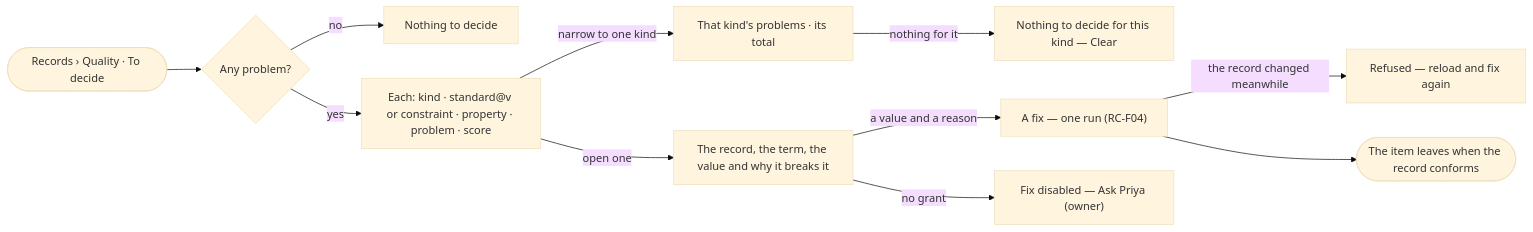
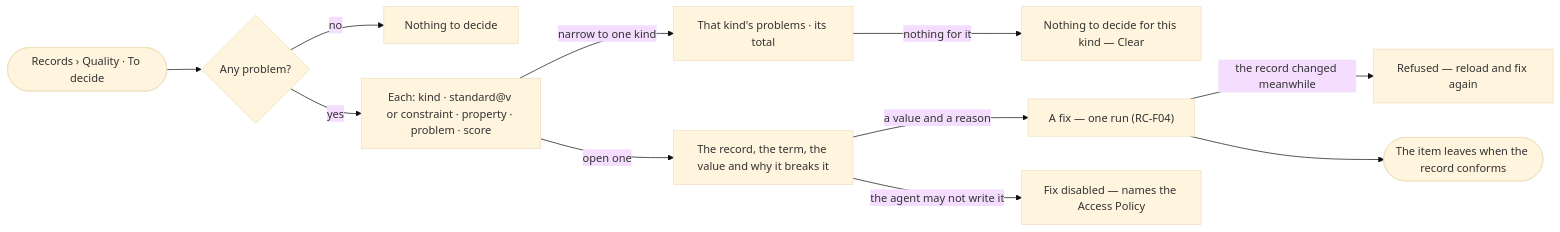
Before and after one commit to invana/invana: the diagram in specs/capabilities/records/features/RC-F03-quality-against-the-model/stories/RC-12-decide-what-breaks-the-standards/story.md, drawn with Mermaid (base theme). The commit also changed other lines of this file and 300 other files, not shown here.

````diff
--- a/specs/capabilities/records/features/RC-F03-quality-against-the-model/stories/RC-12-decide-what-breaks-the-standards/story.md
+++ b/specs/capabilities/records/features/RC-F03-quality-against-the-model/stories/RC-12-decide-what-breaks-the-standards/story.md
@@ -27,13 +29,13 @@
 ```mermaid
 flowchart LR
   a([Records › Quality · To decide]) --> q{Any problem?}
   q -->|no| e["Nothing to decide"]
   q -->|yes| l["Each: kind · standard@v or constraint · property · problem · score"]
   l -->|narrow to one kind| n["That kind's problems · its total"]
   n -->|nothing for it| ne["Nothing to decide for this kind — Clear"]
   l -->|open one| i["The record, the term, the value and why it breaks it"]
   i -->|a value and a reason| fx["A fix — one run (RC-F04)"]
   fx -->|the record changed meanwhile| fxx["Refused — reload and fix again"]
   fx --> ok(["The item leaves when the record conforms"])
-  i -->|no grant| ro["Fix disabled — Ask Priya (owner)"]
+  i -->|the agent may not write it| ro["Fix disabled — names the Access Policy"]
 ```
````
